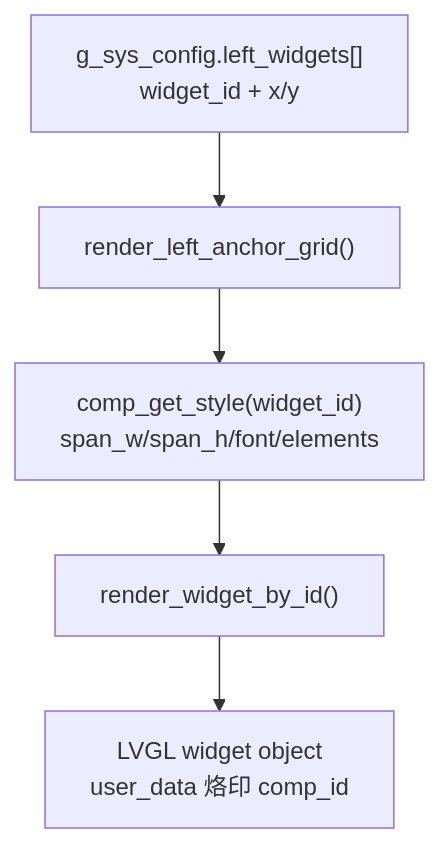
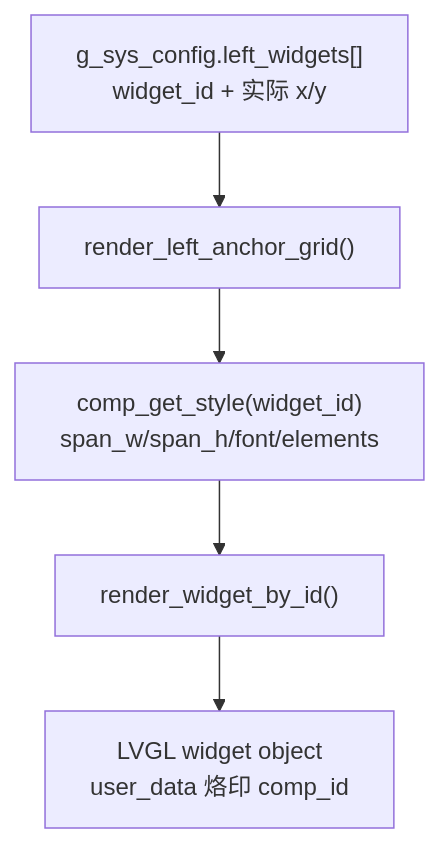
Before and after one commit to arexvision/lv_port_win_codeblocks-release-v8.3_hasGroup: the seventh of 19 diagrams in UI_html_DOC/CURRENT_ARCHITECTURE_DEEP_DIVE.md, drawn with Mermaid. The commit also changed other lines of this file and 8 other files, not shown here.

````diff
--- a/UI_html_DOC/CURRENT_ARCHITECTURE_DEEP_DIVE.md
+++ b/UI_html_DOC/CURRENT_ARCHITECTURE_DEEP_DIVE.md
@@ -247,7 +254,7 @@
 ```mermaid
 flowchart TB
-    Config["g_sys_config.left_widgets[]<br/>widget_id + x/y"] --> Layout["render_left_anchor_grid()"]
+    Config["g_sys_config.left_widgets[]<br/>widget_id + 实际 x/y"] --> Layout["render_left_anchor_grid()"]
     Layout --> Style["comp_get_style(widget_id)<br/>span_w/span_h/font/elements"]
     Style --> Factory["render_widget_by_id()"]
     Factory --> LVGL["LVGL widget object<br/>user_data 烙印 comp_id"]
 ```
````
